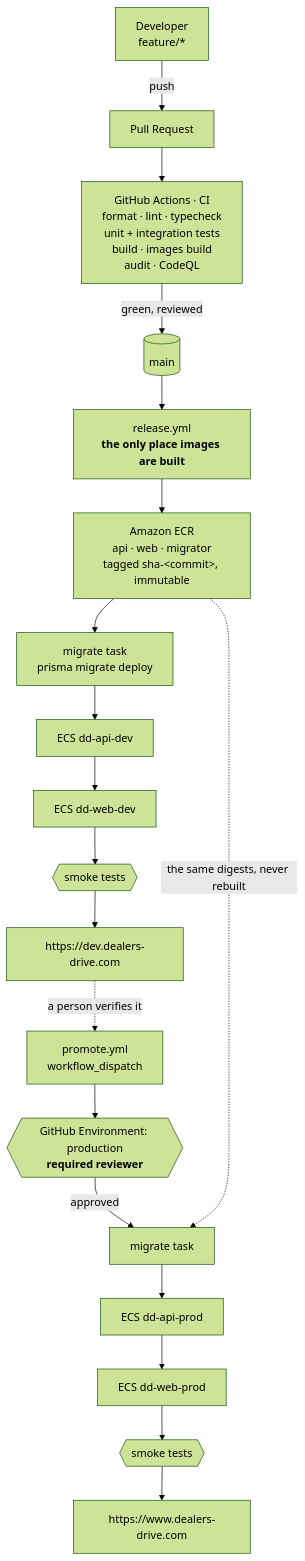
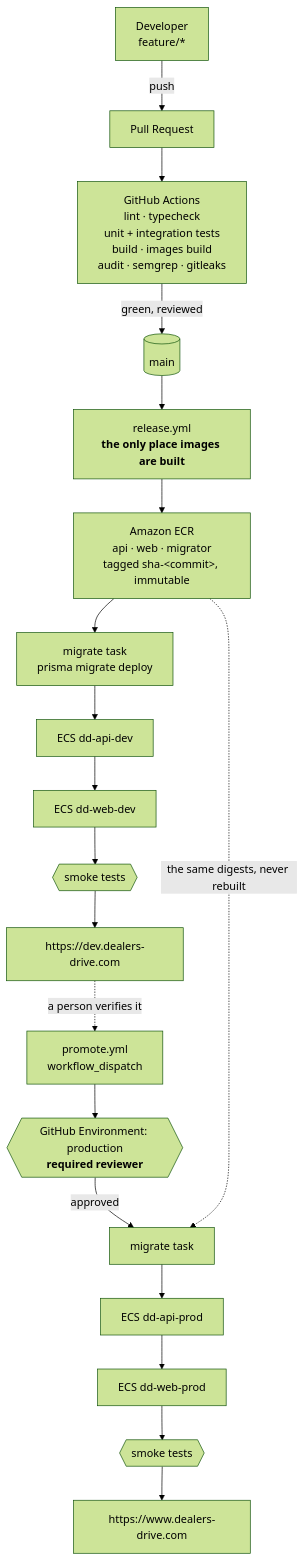
One commit to shashikiran6sk/DealersDrive changed the diagram in docs/DEPLOYMENT.md. Above: the diagram before and after it, drawn with Mermaid (forest theme). The commit also changed other lines of this file and 11 other files, not shown here.

````diff
--- a/docs/DEPLOYMENT.md
+++ b/docs/DEPLOYMENT.md
@@ -174,21 +174,21 @@
 ```mermaid
 flowchart TB
     dev["Developer<br/>feature/*"] -->|push| pr[Pull Request]
-    pr --> ci["GitHub Actions · CI<br/>format · lint · typecheck<br/>unit + integration tests<br/>build · images build<br/>audit · CodeQL"]
+    pr --> ci["GitHub Actions<br/>lint · typecheck<br/>unit + integration tests<br/>build · images build<br/>audit · semgrep · gitleaks"]
     ci -->|green, reviewed| main[(main)]
     main --> rel["release.yml<br/><b>the only place images are built</b>"]
     rel --> ecr["Amazon ECR<br/>api · web · migrator<br/>tagged sha-&lt;commit&gt;, immutable"]
 
     ecr --> dm["migrate task<br/>prisma migrate deploy"]
     dm --> dapi["ECS dd-api-dev"] --> dweb["ECS dd-web-dev"]
     dweb --> dsmoke{{"smoke tests"}}
     dsmoke --> devsite["https://dev.dealers-drive.com"]
 
     devsite -.->|"a person verifies it"| promote["promote.yml<br/>workflow_dispatch"]
     promote --> gate{{"GitHub Environment: production<br/><b>required reviewer</b>"}}
     gate -->|approved| pm["migrate task"]
     ecr -.->|"the same digests, never rebuilt"| pm
     pm --> papi["ECS dd-api-prod"] --> pweb["ECS dd-web-prod"]
     pweb --> psmoke{{"smoke tests"}}
     psmoke --> prod["https://www.dealers-drive.com"]
 ```
````
